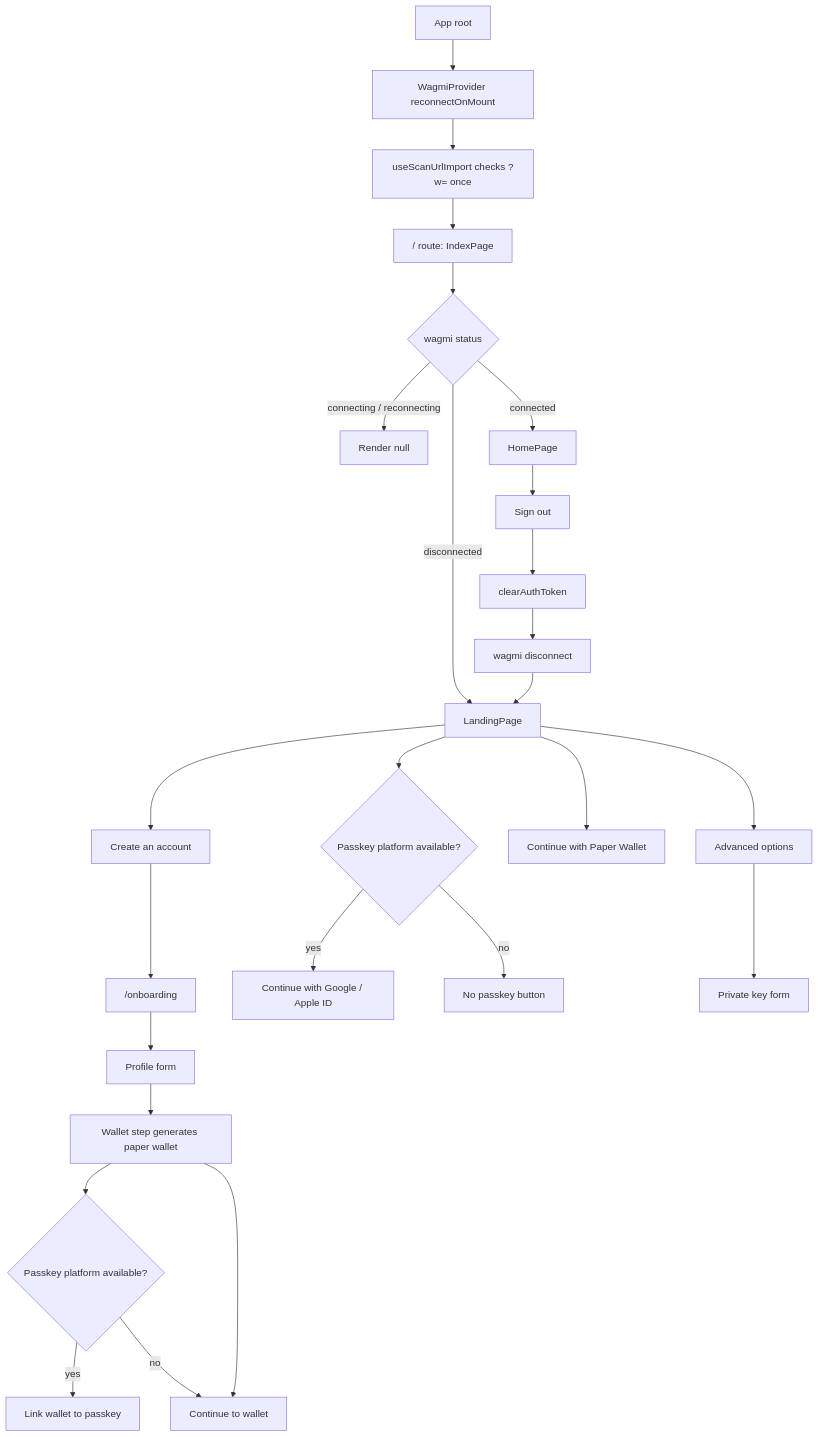
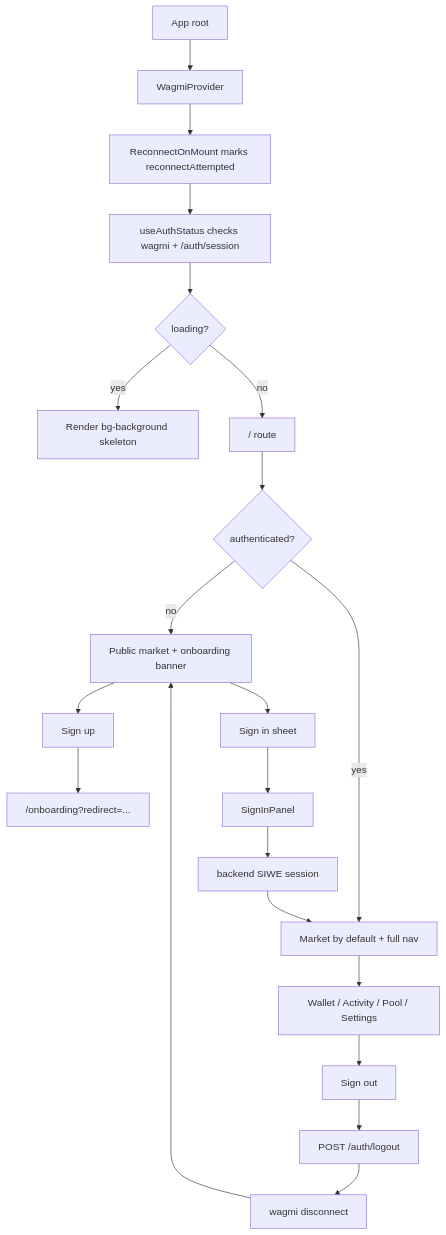
The diagram in docs/AUTH.md (cosmo-local-credit/clc-app), drawn with Mermaid before and after one commit. The commit also changed other lines of this file and 41 other files, not shown here.

Commit message:
feat: revamp auth onboarding

````diff
--- a/docs/AUTH.md
+++ b/docs/AUTH.md
@@ -36,32 +51,26 @@
 ```mermaid
 flowchart TD
-  App["App root"] --> Web3["WagmiProvider reconnectOnMount"]
-  Web3 --> ScanUrl["useScanUrlImport checks ?w=<key> once"]
-  ScanUrl --> Index["/ route: IndexPage"]
+  App["App root"] --> Web3["WagmiProvider"]
+  Web3 --> Bootstrap["ReconnectOnMount marks reconnectAttempted"]
+  Bootstrap --> Auth["useAuthStatus checks wagmi + /auth/session"]
+  Auth --> Loading{"loading?"}
+  Loading -->|"yes"| Skeleton["Render bg-background skeleton"]
+  Loading -->|"no"| Index["/ route"]
 
-  Index --> AccountState{"wagmi status"}
-  AccountState -->|"connecting / reconnecting"| Blank["Render null"]
-  AccountState -->|"connected"| Home["HomePage"]
-  AccountState -->|"disconnected"| Landing["LandingPage"]
+  Index --> Guest{"authenticated?"}
+  Guest -->|"no"| MarketGuest["Public market + onboarding banner"]
+  Guest -->|"yes"| MarketAuth["Market by default + full nav"]
 
-  Landing --> Create["Create an account"]
-  Create --> Onboarding["/onboarding"]
-  Landing --> PasskeySignin{"Passkey platform available?"}
-  PasskeySignin -->|"yes"| Recover["Continue with Google / Apple ID"]
-  PasskeySignin -->|"no"| NoPasskeyButton["No passkey button"]
-  Landing --> Scan["Continue with Paper Wallet"]
-  Landing --> Advanced["Advanced options"]
-  Advanced --> ManualPk["Private key form"]
+  MarketGuest --> SignUp["Sign up"]
+  MarketGuest --> SignIn["Sign in sheet"]
+  SignUp --> Onboarding["/onboarding?redirect=..."]
+  SignIn --> Panel["SignInPanel"]
+  Panel --> Session["backend SIWE session"]
+  Session --> MarketAuth
 
-  Onboarding --> Profile["Profile form"]
-  Profile --> Wallet["Wallet step generates paper wallet"]
-  Wallet --> LinkPasskey{"Passkey platform available?"}
-  LinkPasskey -->|"yes"| Upgrade["Link wallet to passkey"]
-  LinkPasskey -->|"no"| PaperOnly["Continue to wallet"]
-  Wallet --> PaperOnly
-
-  Home --> SignOut["Sign out"]
-  SignOut --> ClearToken["clearAuthToken"]
-  ClearToken --> Disconnect["wagmi disconnect"]
-  Disconnect --> Landing
+  MarketAuth --> PrivateTabs["Wallet / Activity / Pool / Settings"]
+  PrivateTabs --> SignOut["Sign out"]
+  SignOut --> Logout["POST /auth/logout"]
+  Logout --> Disconnect["wagmi disconnect"]
+  Disconnect --> MarketGuest
 ```
````
